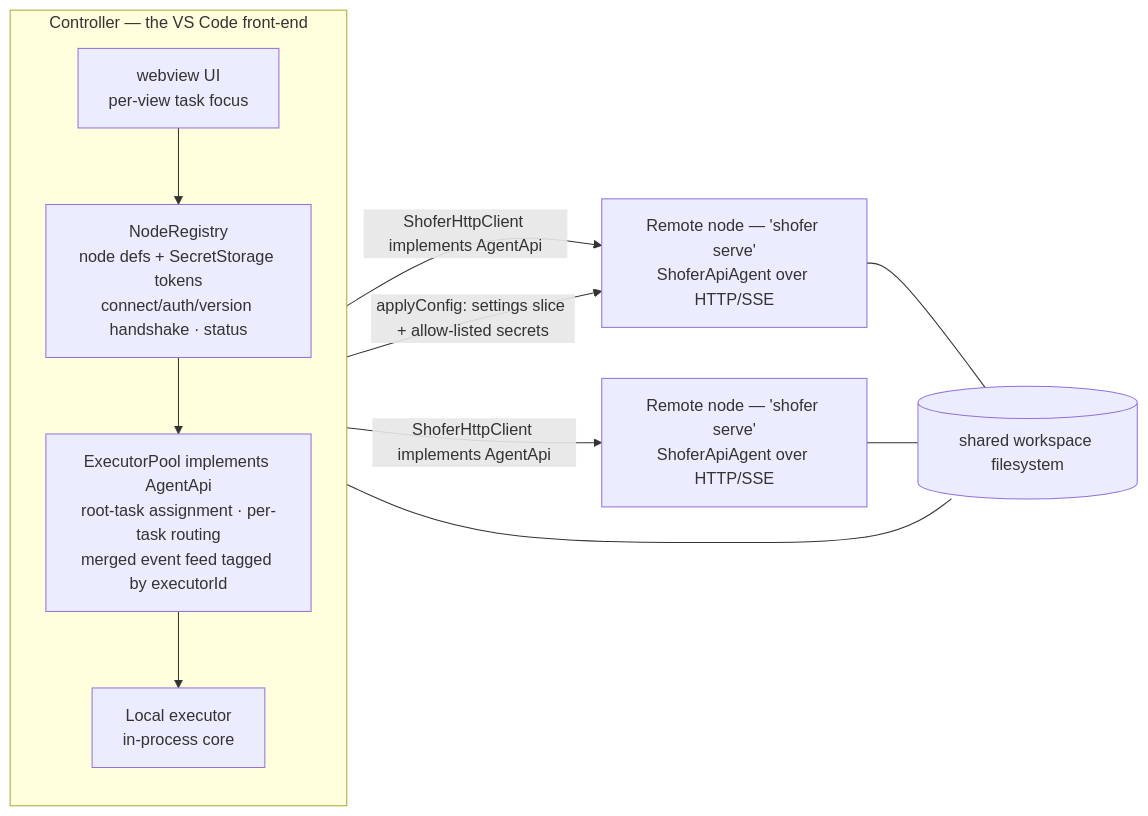
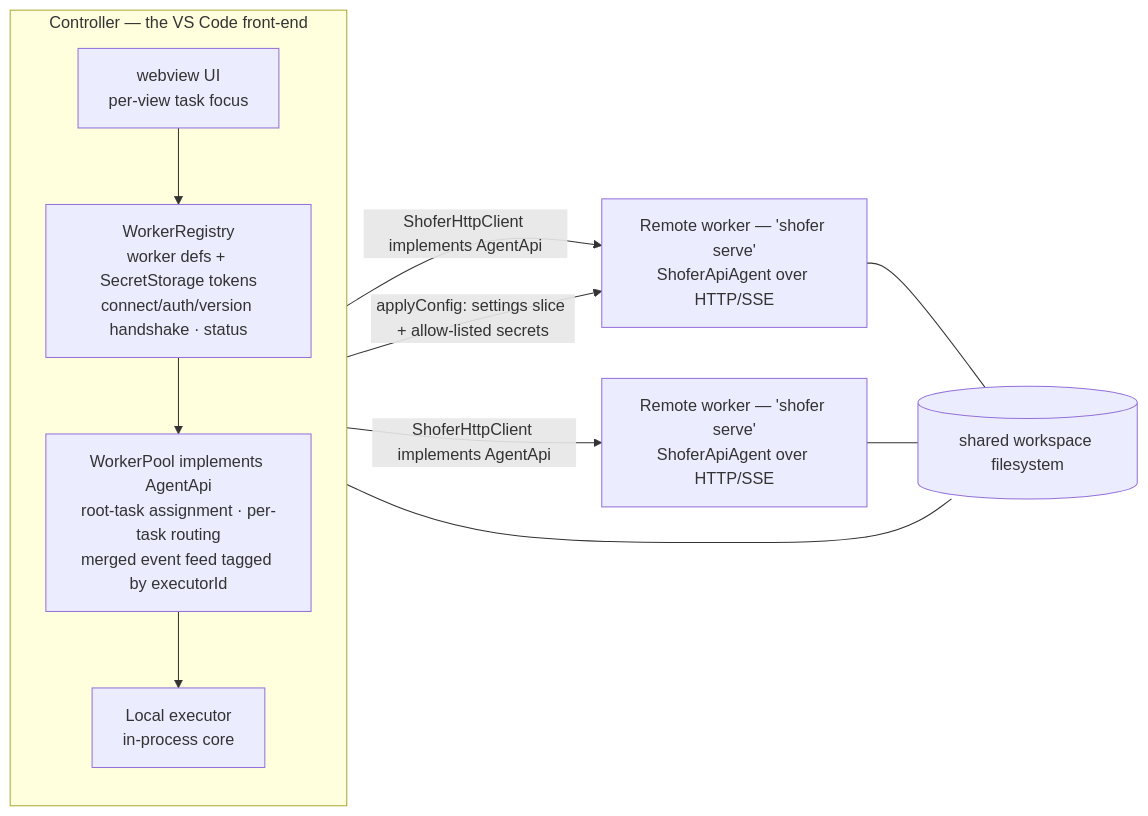
The second of 3 diagrams in docs/v3_architecture.md (shofer-dev/shofer), drawn with Mermaid before and after one commit. The commit also changed other lines of this file and 65 other files, not shown here.

````diff
--- a/docs/v3_architecture.md
+++ b/docs/v3_architecture.md
@@ -258,24 +258,24 @@
 ```mermaid
 flowchart LR
     subgraph CTRL["Controller — the VS Code front-end"]
         direction TB
         UI["webview UI<br/>per-view task focus"]
-        NR["NodeRegistry<br/>node defs + SecretStorage tokens<br/>connect/auth/version handshake · status"]
-        POOL["ExecutorPool implements AgentApi<br/>root-task assignment · per-task routing<br/>merged event feed tagged by executorId"]
+        NR["WorkerRegistry<br/>worker defs + SecretStorage tokens<br/>connect/auth/version handshake · status"]
+        POOL["WorkerPool implements AgentApi<br/>root-task assignment · per-task routing<br/>merged event feed tagged by executorId"]
         LOCAL["Local executor<br/>in-process core"]
         UI --> NR
         NR --> POOL
         POOL --> LOCAL
     end
 
-    N1["Remote node — 'shofer serve'<br/>ShoferApiAgent over HTTP/SSE"]
-    N2["Remote node — 'shofer serve'<br/>ShoferApiAgent over HTTP/SSE"]
+    N1["Remote worker — 'shofer serve'<br/>ShoferApiAgent over HTTP/SSE"]
+    N2["Remote worker — 'shofer serve'<br/>ShoferApiAgent over HTTP/SSE"]
     FS[("shared workspace filesystem")]
 
     POOL -->|"ShoferHttpClient implements AgentApi"| N1
     POOL -->|"ShoferHttpClient implements AgentApi"| N2
     POOL -->|"applyConfig: settings slice + allow-listed secrets"| N1
     LOCAL --- FS
     N1 --- FS
     N2 --- FS
 ```
````
